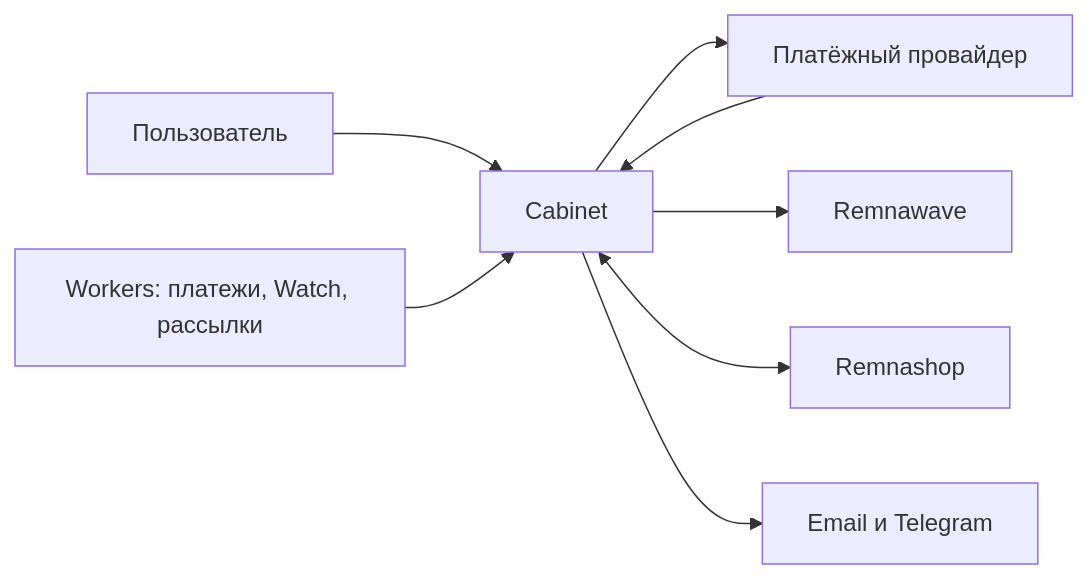
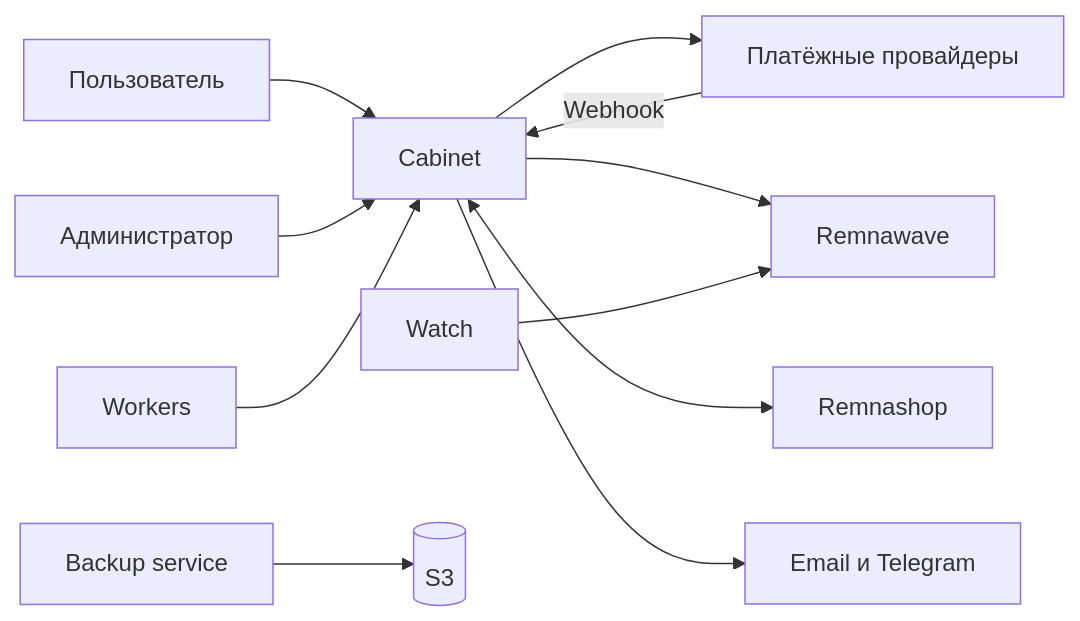
The diagram in README.md (asdcrosh/cabinet_remna), drawn with Mermaid before and after one commit. The commit also changed other lines of this file and 1 other file, not shown here.

````diff
--- a/README.md
+++ b/README.md
@@ -27,10 +154,15 @@
 ```mermaid
 flowchart LR
-  U[Пользователь] --> C[Cabinet]
-  C --> P[Платёжный провайдер]
-  P --> C
-  C --> R[Remnawave]
-  C <--> S[Remnashop]
-  C --> T[Email и Telegram]
-  W[Workers: платежи, Watch, рассылки] --> C
+  User[Пользователь] --> Cabinet[Cabinet]
+  Admin[Администратор] --> Cabinet
+
+  Cabinet --> Payment[Платёжные провайдеры]
+  Payment -->|Webhook| Cabinet
+  Cabinet --> Remnawave[Remnawave]
+  Cabinet <--> Remnashop[Remnashop]
+  Cabinet --> Channels[Email и Telegram]
+
+  Workers[Workers] --> Cabinet
+  Watch[Watch] --> Remnawave
+  Backups[Backup service] --> S3[(S3)]
 ```
````
